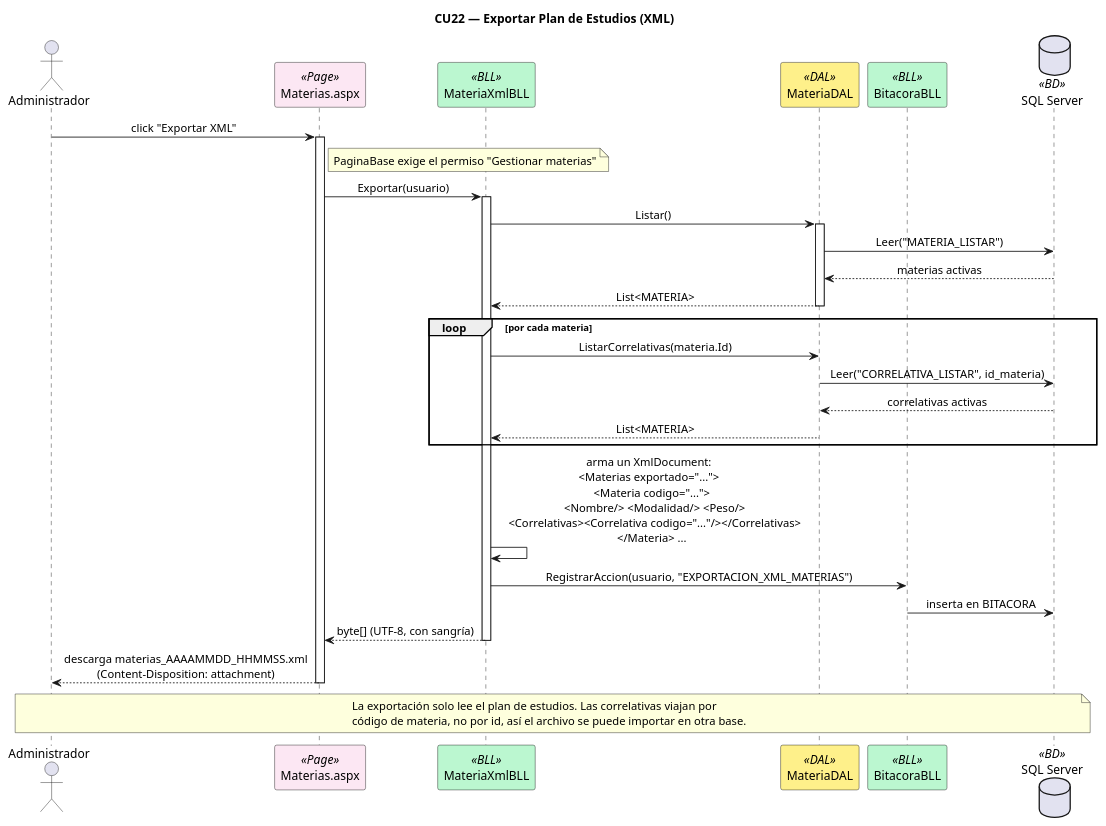
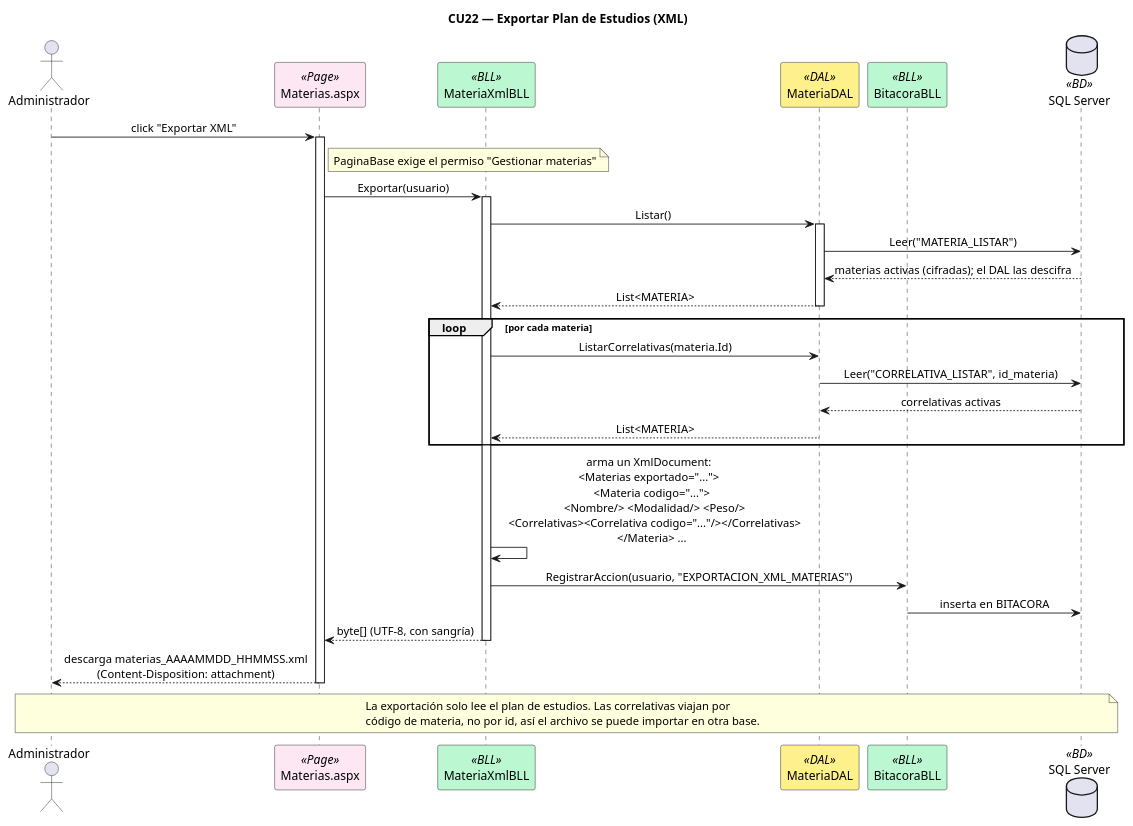
One commit to Urrels/tpDYAWeb changed the diagram in DIAGRAMAS/Secuencia_CU22_ExportarPlanXml.puml. Above: the diagram before and after it, drawn with PlantUML. The commit also changed 16 other files, not shown here.

```diff
--- a/DIAGRAMAS/Secuencia_CU22_ExportarPlanXml.puml
+++ b/DIAGRAMAS/Secuencia_CU22_ExportarPlanXml.puml
@@ -1,52 +1,52 @@
 @startuml Secuencia_CU22_ExportarPlanXml
 title CU22 — Exportar Plan de Estudios (XML)
 skinparam sequenceMessageAlign center
 skinparam shadowing false
 skinparam sequenceParticipant {
     BackgroundColor<<Page>> #FCE7F3
     BackgroundColor<<BLL>> #BBF7D0
     BackgroundColor<<DAL>> #FEF08A
     BackgroundColor<<BD>> #DBEAFE
 }
 
 actor Administrador as ADM
 participant "Materias.aspx" as PAGE <<Page>>
 participant "MateriaXmlBLL" as BLL <<BLL>>
 participant "MateriaDAL" as DAL <<DAL>>
 participant "BitacoraBLL" as BIT <<BLL>>
 database "SQL Server" as DB <<BD>>
 
 ADM -> PAGE : click "Exportar XML"
 activate PAGE
 note right of PAGE : PaginaBase exige el permiso "Gestionar materias"
 PAGE -> BLL : Exportar(usuario)
 activate BLL
 BLL -> DAL : Listar()
 activate DAL
 DAL -> DB : Leer("MATERIA_LISTAR")
-DB --> DAL : materias activas
+DB --> DAL : materias activas (cifradas); el DAL las descifra
 DAL --> BLL : List<MATERIA>
 deactivate DAL
 
 loop por cada materia
   BLL -> DAL : ListarCorrelativas(materia.Id)
   DAL -> DB : Leer("CORRELATIVA_LISTAR", id_materia)
   DB --> DAL : correlativas activas
   DAL --> BLL : List<MATERIA>
 end
 
 BLL -> BLL : arma un XmlDocument:\n<Materias exportado="...">\n  <Materia codigo="...">\n    <Nombre/> <Modalidad/> <Peso/>\n    <Correlativas><Correlativa codigo="..."/></Correlativas>\n  </Materia> ...
 BLL -> BIT : RegistrarAccion(usuario, "EXPORTACION_XML_MATERIAS")
 BIT -> DB : inserta en BITACORA
 BLL --> PAGE : byte[] (UTF-8, con sangría)
 deactivate BLL
 
 PAGE --> ADM : descarga materias_AAAAMMDD_HHMMSS.xml\n(Content-Disposition: attachment)
 deactivate PAGE
 
 note over ADM, DB
   La exportación solo lee el plan de estudios. Las correlativas viajan por
   código de materia, no por id, así el archivo se puede importar en otra base.
 end note
 
 @enduml
```
